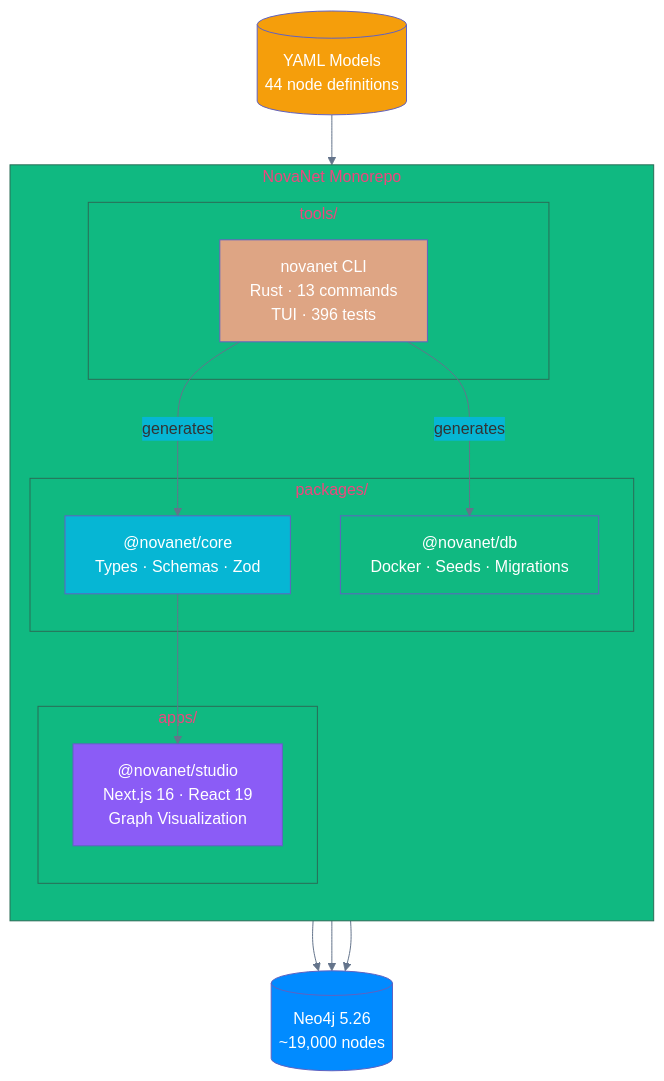
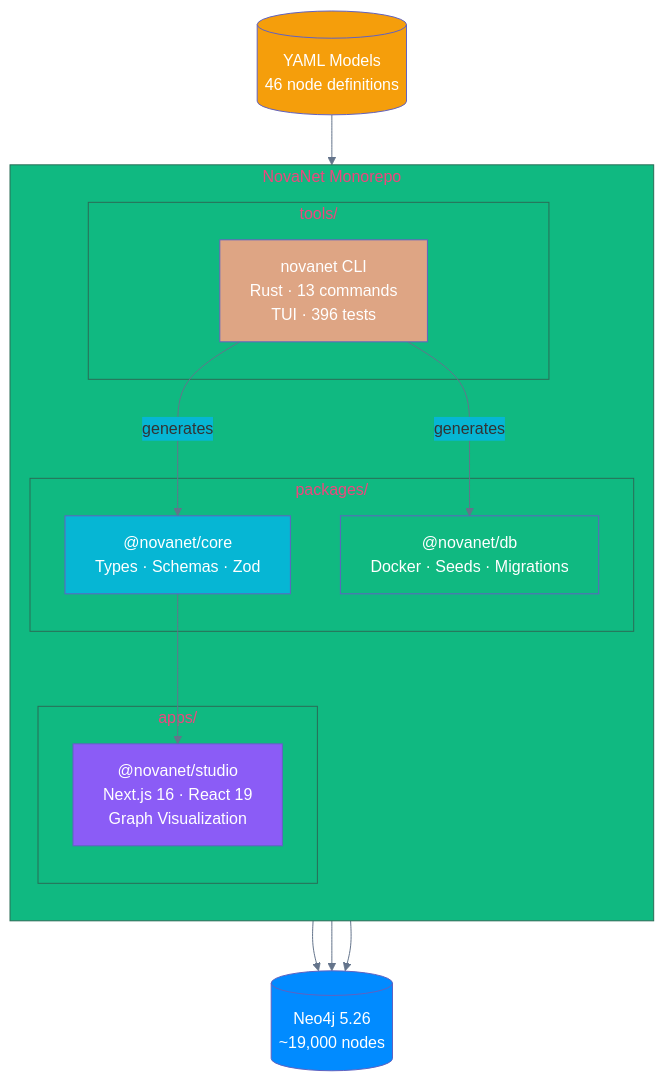
The first of 2 diagrams in docs/src/architecture/overview.md (supernovae-st/novanet), drawn with Mermaid before and after one commit. The commit also changed 16 other files, not shown here.

````diff
--- a/docs/src/architecture/overview.md
+++ b/docs/src/architecture/overview.md
@@ -7,43 +7,43 @@
 ```mermaid
 %%{init: {'theme': 'base', 'themeVariables': {
   'primaryColor': '#6366f1',
   'secondaryColor': '#06b6d4',
   'tertiaryColor': '#10b981',
   'lineColor': '#64748b'
 }}}%%
 flowchart TB
     subgraph MONO["NovaNet Monorepo"]
         direction TB
 
         subgraph PACKAGES["packages/"]
             CORE["@novanet/core\nTypes · Schemas · Zod"]
             DB["@novanet/db\nDocker · Seeds · Migrations"]
         end
 
         subgraph APPS["apps/"]
             STUDIO["@novanet/studio\nNext.js 16 · React 19\nGraph Visualization"]
         end
 
         subgraph TOOLS["tools/"]
             RUST["novanet CLI\nRust · 13 commands\nTUI · 396 tests"]
         end
     end
 
-    YAML[("YAML Models\n44 node definitions")]
+    YAML[("YAML Models\n46 node definitions")]
     NEO4J[("Neo4j 5.26\n~19,000 nodes")]
 
     YAML --> RUST
     RUST -->|generates| CORE
     RUST -->|generates| DB
     CORE --> STUDIO
     DB --> NEO4J
     STUDIO --> NEO4J
     RUST --> NEO4J
 
     style CORE fill:#06b6d4,color:#fff
     style DB fill:#10b981,color:#fff
     style STUDIO fill:#8b5cf6,color:#fff
     style RUST fill:#DEA584,color:#fff
     style NEO4J fill:#018bff,color:#fff
     style YAML fill:#f59e0b,color:#fff
 ```
````
